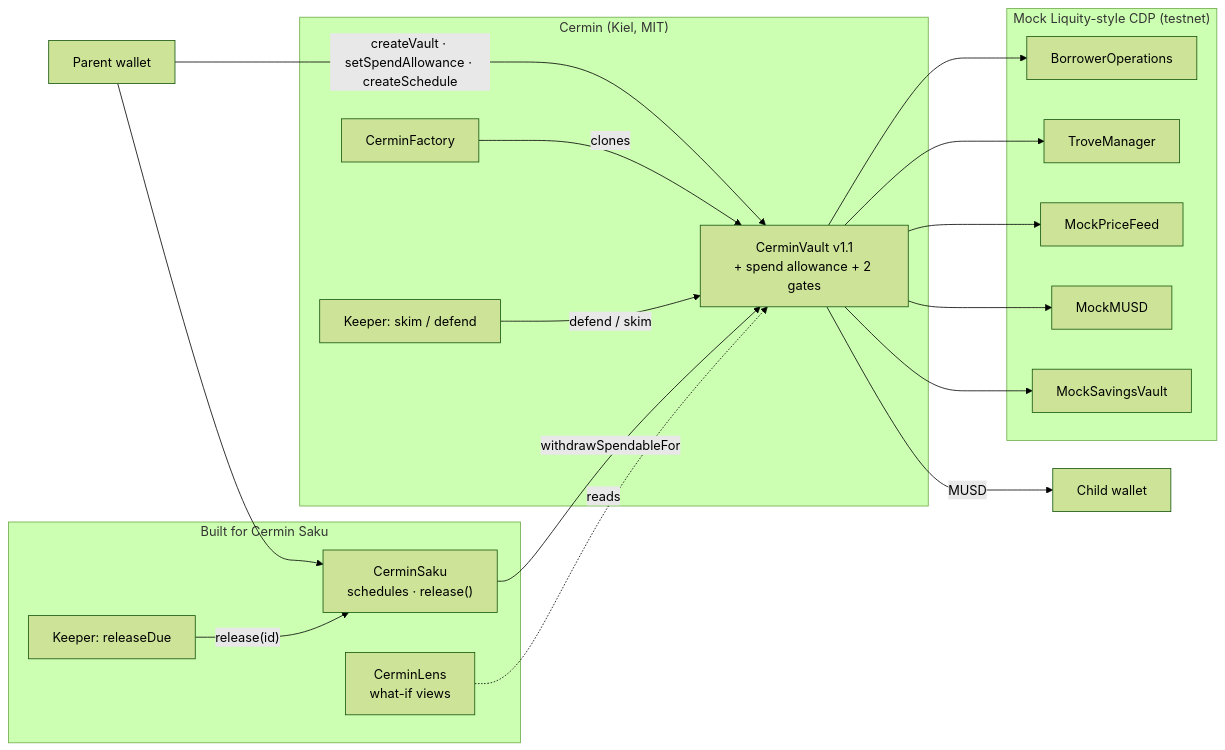
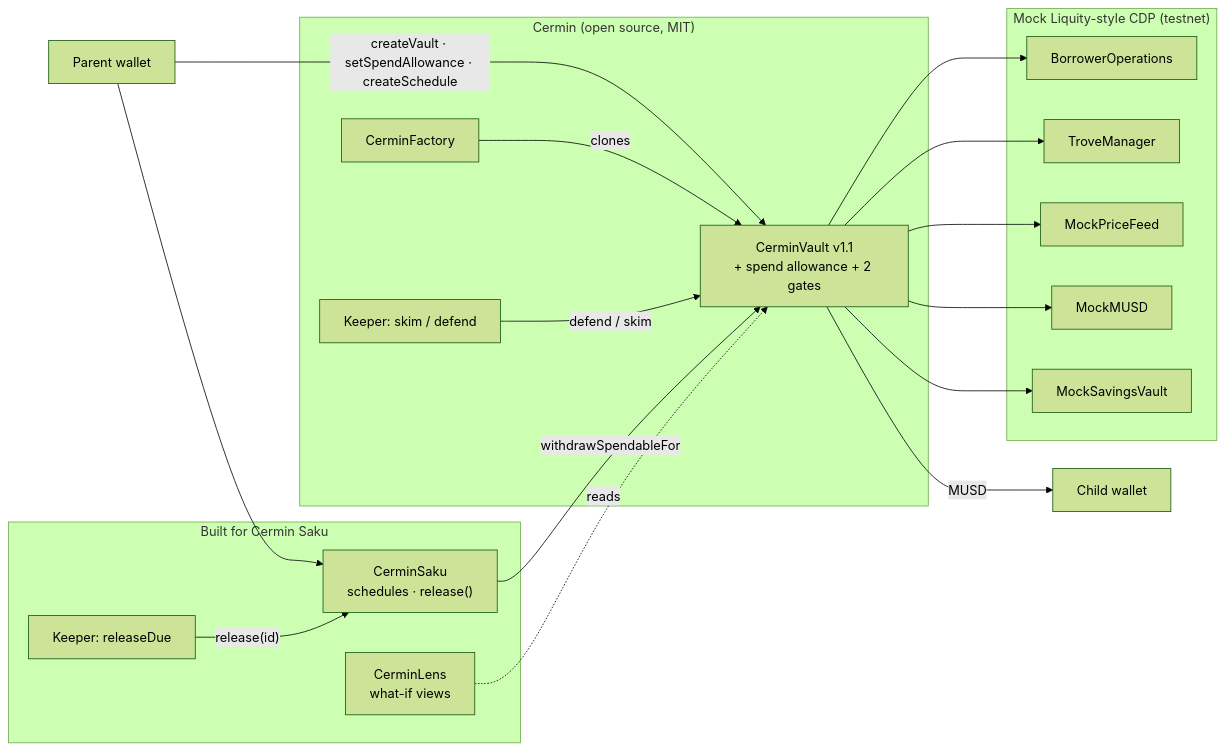
One commit to Stylenecy/cermin-saku changed the second of 2 diagrams in README.md. Above: the diagram before and after it, drawn with Mermaid (forest theme). The commit also changed other lines of this file and 10 other files, not shown here.

````diff
--- a/README.md
+++ b/README.md
@@ -155,23 +158,23 @@
 ```mermaid
 flowchart LR
     Parent["Parent wallet"] -->|"createVault · setSpendAllowance · createSchedule"| Vault
     Parent --> Saku
     subgraph New["Built for Cermin Saku"]
         Saku["CerminSaku<br/>schedules · release()"]
         Lens["CerminLens<br/>what-if views"]
         KeeperS["Keeper: releaseDue"]
     end
-    subgraph Kiel["Cermin (Kiel, MIT)"]
+    subgraph Upstream["Cermin (open source, MIT)"]
         Factory["CerminFactory"] -->|clones| Vault["CerminVault v1.1<br/>+ spend allowance + 2 gates"]
         KeeperK["Keeper: skim / defend"]
     end
     subgraph CDP["Mock Liquity-style CDP (testnet)"]
         BO["BorrowerOperations"]; TM["TroveManager"]; PF["MockPriceFeed"]; M["MockMUSD"]; SV["MockSavingsVault"]
     end
     KeeperS -->|"release(id)"| Saku
     KeeperK -->|"defend / skim"| Vault
     Saku -->|"withdrawSpendableFor"| Vault
     Vault -->|"MUSD"| Child["Child wallet"]
     Vault --> BO & TM & PF & M & SV
     Lens -.->|reads| Vault
 ```
````
